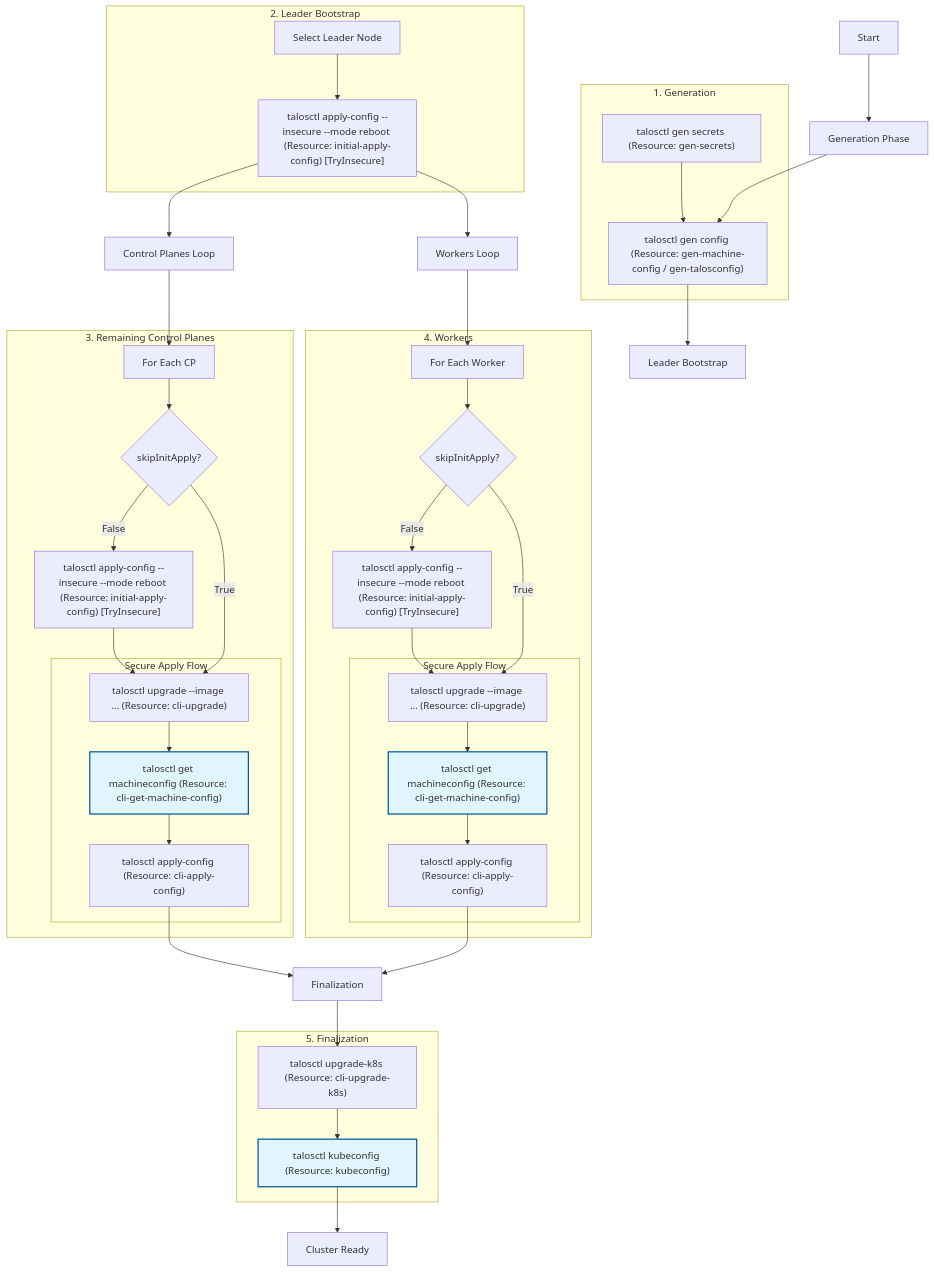
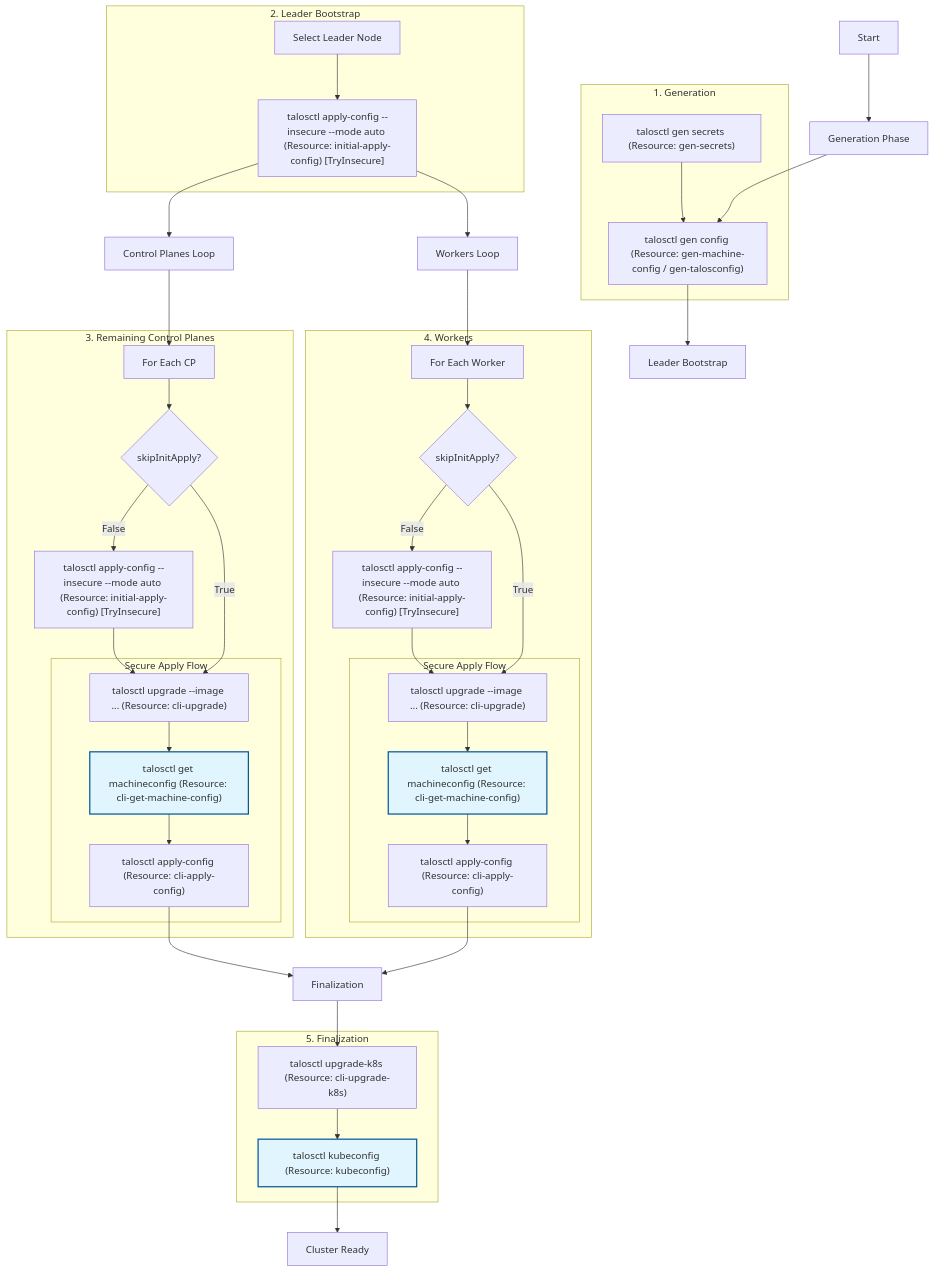
Before and after one commit to spigell/pulumi-talos-cluster: the diagram in AGENTS.md, drawn with Mermaid. The commit also changed other lines of this file and 35 other files, not shown here.

````diff
--- a/AGENTS.md
+++ b/AGENTS.md
@@ -108,80 +108,80 @@
 ```mermaid
 flowchart TD
     %% Define Styles
     classDef getResource fill:#e1f5fe,stroke:#01579b,stroke-width:2px;
 
     Start["Start"] --> GenPhase["Generation Phase"]
 
     subgraph Gen["1. Generation"]
         GenSecrets["talosctl gen secrets (Resource: gen-secrets)"]
         GenConfigs["talosctl gen config (Resource: gen-machine-config / gen-talosconfig)"]
         GenSecrets --> GenConfigs
     end
     
     GenPhase --> GenConfigs
     GenConfigs --> LeaderPhase["Leader Bootstrap"]
 
     subgraph Leader["2. Leader Bootstrap"]
         LeaderNode["Select Leader Node"]
-        LeaderApply["talosctl apply-config --insecure --mode reboot (Resource: initial-apply-config) [TryInsecure]"]
+        LeaderApply["talosctl apply-config --insecure --mode auto (Resource: initial-apply-config) [TryInsecure]"]
         
         LeaderNode --> LeaderApply
     end
 
     LeaderApply --> CPPhase["Control Planes Loop"]
     LeaderApply --> WorkerPhase["Workers Loop"]
 
     subgraph CPs["3. Remaining Control Planes"]
         CPIter["For Each CP"]
         CPSkip{"skipInitApply?"}
-        CPInit["talosctl apply-config --insecure --mode reboot (Resource: initial-apply-config) [TryInsecure]"]
+        CPInit["talosctl apply-config --insecure --mode auto (Resource: initial-apply-config) [TryInsecure]"]
         
         subgraph CPSecureFlow["Secure Apply Flow"]
             CPUpgrade["talosctl upgrade --image ... (Resource: cli-upgrade)"]
             CPGet["talosctl get machineconfig (Resource: cli-get-machine-config)"]
             CPApply["talosctl apply-config (Resource: cli-apply-config)"]
             CPUpgrade --> CPGet --> CPApply
         end
 
         CPIter --> CPSkip
         CPSkip -- "False" --> CPInit --> CPUpgrade
         CPSkip -- "True" --> CPUpgrade
     end
 
     CPPhase --> CPIter
     
     subgraph Workers["4. Workers"]
         WorkIter["For Each Worker"]
         WorkSkip{"skipInitApply?"}
-        WorkInit["talosctl apply-config --insecure --mode reboot (Resource: initial-apply-config) [TryInsecure]"]
+        WorkInit["talosctl apply-config --insecure --mode auto (Resource: initial-apply-config) [TryInsecure]"]
         
         subgraph WorkSecureFlow["Secure Apply Flow"]
             WorkUpgrade["talosctl upgrade --image ... (Resource: cli-upgrade)"]
             WorkGet["talosctl get machineconfig (Resource: cli-get-machine-config)"]
             WorkApply["talosctl apply-config (Resource: cli-apply-config)"]
             WorkUpgrade --> WorkGet --> WorkApply
         end
 
         WorkIter --> WorkSkip
         WorkSkip -- "False" --> WorkInit --> WorkUpgrade
         WorkSkip -- "True" --> WorkUpgrade
     end
 
     WorkerPhase --> WorkIter
     
     CPApply --> FinalPhase["Finalization"]
     WorkApply --> FinalPhase
 
     subgraph Final["5. Finalization"]
         Upgrade["talosctl upgrade-k8s (Resource: cli-upgrade-k8s)"]
         Kubeconfig["talosctl kubeconfig (Resource: kubeconfig)"]
         
         Upgrade --> Kubeconfig
     end
 
     FinalPhase --> Upgrade
     Kubeconfig --> Done["Cluster Ready"]
 
     %% Apply Styles
     class CPGet,WorkGet,Kubeconfig getResource;
 ```
````
